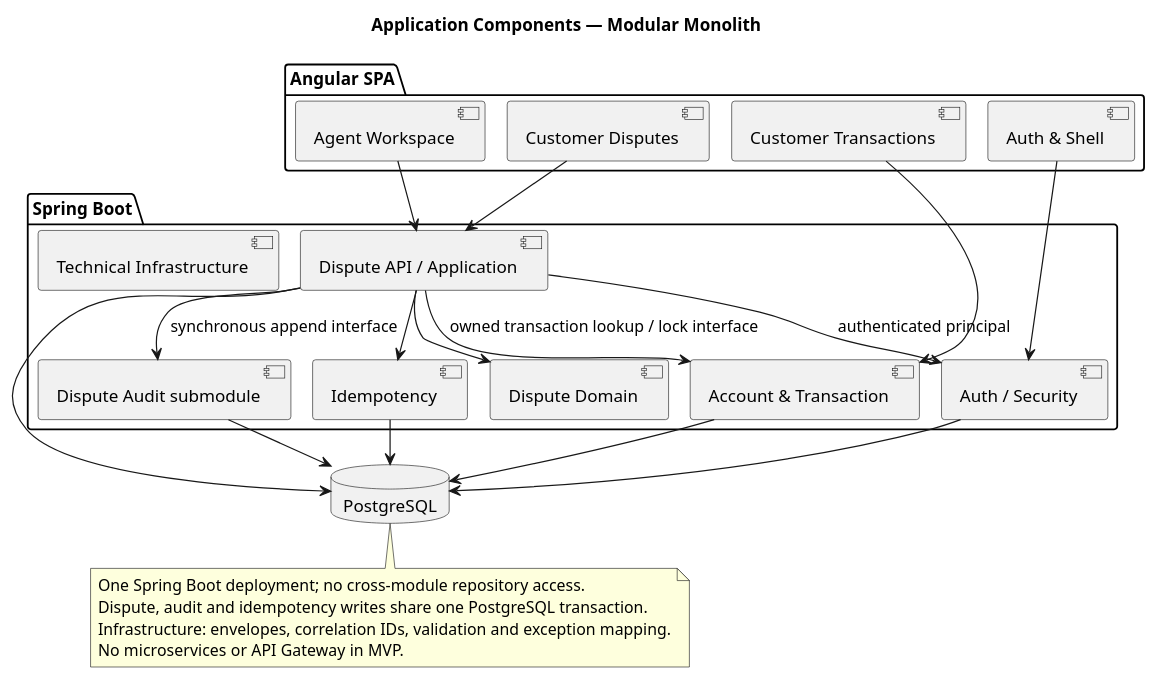
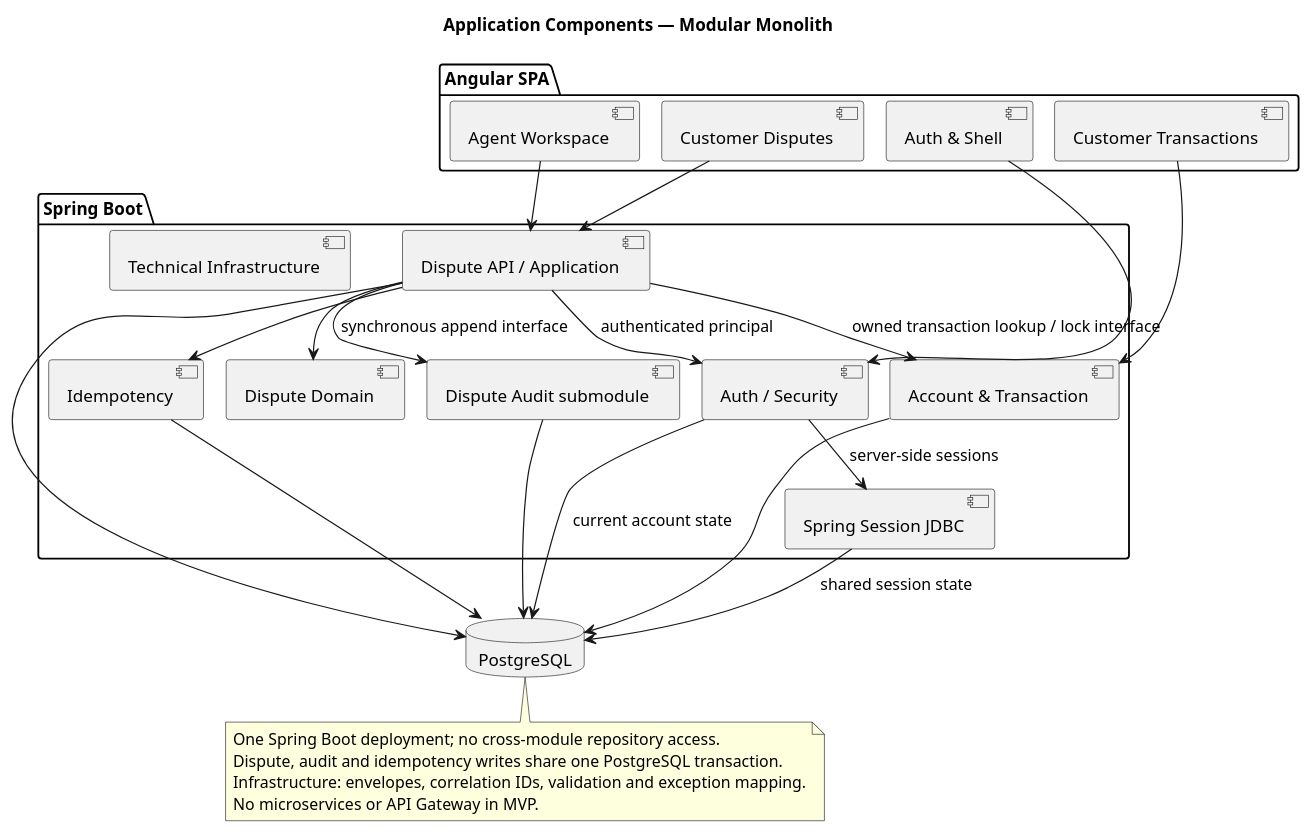
Before and after one commit to DonaldMbara/transaction-dispute-portal: the diagram in docs/design/plantuml/components.puml, drawn with PlantUML. The commit also changed 27 other files, not shown here.

Commit message:
docs: align architecture with session-based authentication

```diff
--- a/docs/design/plantuml/components.puml
+++ b/docs/design/plantuml/components.puml
@@ -1,41 +1,44 @@
 @startuml
 !pragma layout smetana
 title Application Components — Modular Monolith
 package "Angular SPA" {
   [Auth & Shell] as authui
   [Customer Transactions] as txui
   [Customer Disputes] as dui
   [Agent Workspace] as aui
 }
 package "Spring Boot" {
   [Auth / Security] as sec
+  [Spring Session JDBC] as sessions
   [Account & Transaction] as trans
   [Dispute API / Application] as app
   [Dispute Domain] as domain
   [Dispute Audit submodule] as audit
   [Idempotency] as idem
   [Technical Infrastructure] as infra
 }
 database PostgreSQL
 authui --> sec
 txui --> trans
 dui --> app
 aui --> app
 app --> sec : authenticated principal
 app --> trans : owned transaction lookup / lock interface
 app --> domain
 app --> audit : synchronous append interface
 
 app --> idem
-sec --> PostgreSQL
+sec --> sessions : server-side sessions
+sessions --> PostgreSQL : shared session state
+sec --> PostgreSQL : current account state
 trans --> PostgreSQL
 app --> PostgreSQL
 audit --> PostgreSQL
 idem --> PostgreSQL
 note bottom
 One Spring Boot deployment; no cross-module repository access.
 Dispute, audit and idempotency writes share one PostgreSQL transaction.
 Infrastructure: envelopes, correlation IDs, validation and exception mapping.
 No microservices or API Gateway in MVP.
 end note
 @enduml
```
